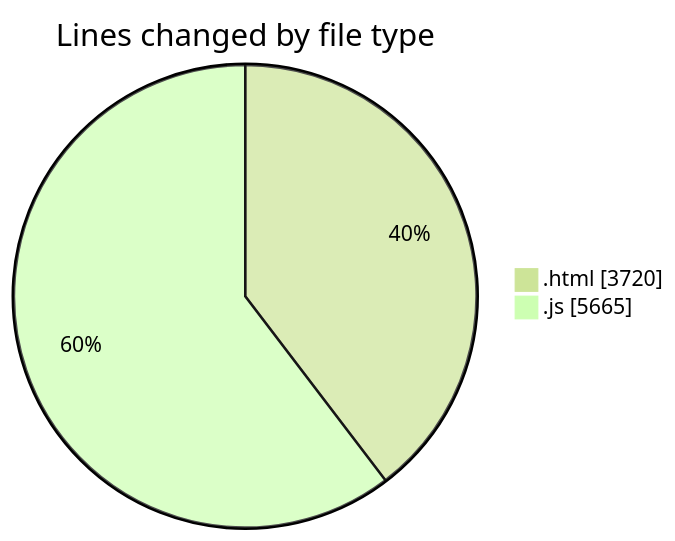
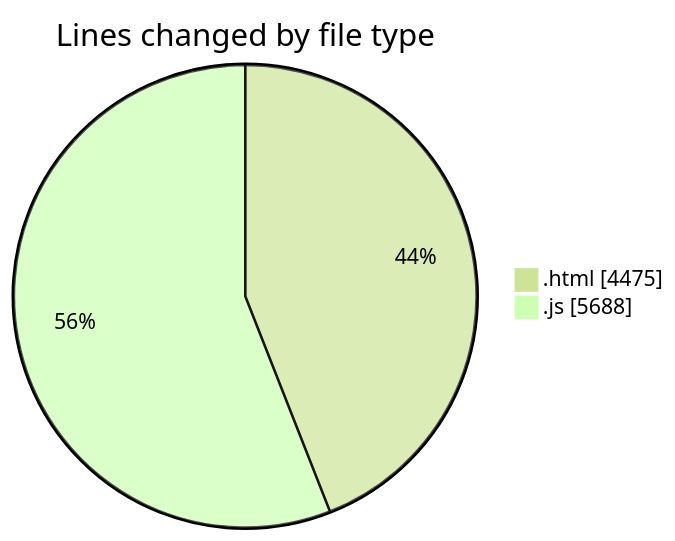
One commit to becaeroporto-bot/code-tracking changed the first of 2 diagrams in 2026-02-19/bot_v1_2/README.md. Above: the diagram before and after it, drawn with Mermaid (forest theme). The commit also changed other lines of this file and 1 other file, not shown here.

````diff
--- a/2026-02-19/bot_v1_2/README.md
+++ b/2026-02-19/bot_v1_2/README.md
@@ -28,6 +28,6 @@
 ```mermaid
 pie showData
 title Lines changed by file type
-".html" : 3720
-".js" : 5665
+".html" : 4475
+".js" : 5688
 ```
````
